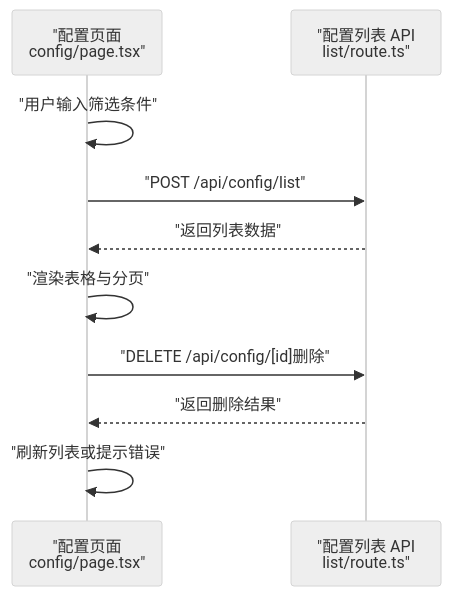
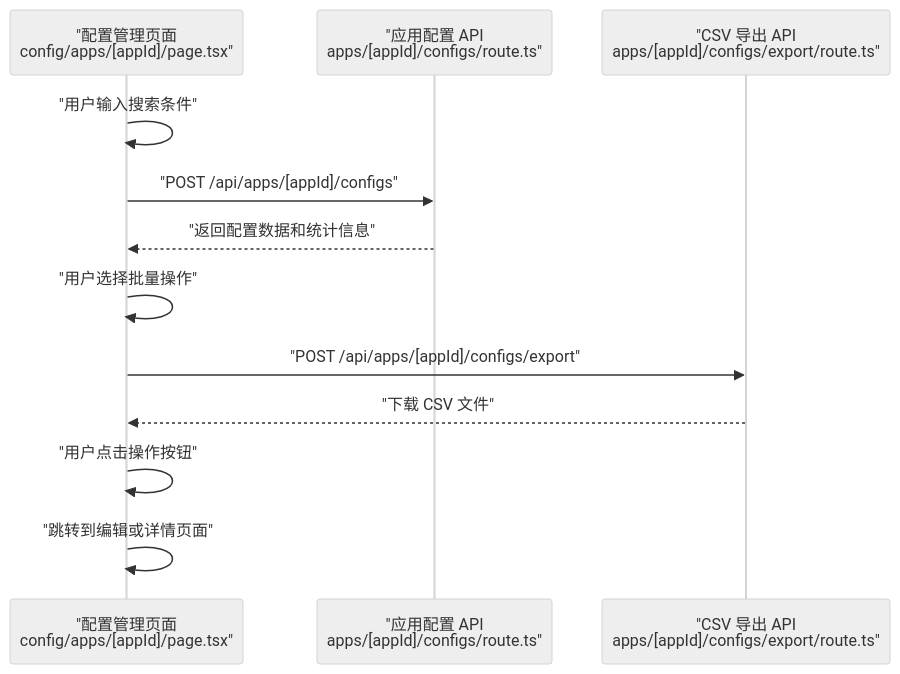
One commit to HAOFUYANG/nextjs-admin changed the sixth of 8 diagrams in .qoder/repowiki/zh/content/数据库集成/API 接口设计/应用管理 API.md. Above: the diagram before and after it, drawn with Mermaid (neutral theme). The commit also changed other lines of this file and 6 other files, not shown here.

````diff
--- a/.qoder/repowiki/zh/content/数据库集成/API 接口设计/应用管理 API.md
+++ b/.qoder/repowiki/zh/content/数据库集成/API 接口设计/应用管理 API.md
@@ -150,12 +255,14 @@
 ```mermaid
 sequenceDiagram
-participant UI as "配置页面<br/>config/page.tsx"
-participant API as "配置列表 API<br/>list/route.ts"
-UI->>UI : "用户输入筛选条件"
-UI->>API : "POST /api/config/list"
-API-->>UI : "返回列表数据"
-UI->>UI : "渲染表格与分页"
-UI->>API : "DELETE /api/config/[id]删除"
-API-->>UI : "返回删除结果"
-UI->>UI : "刷新列表或提示错误"
+participant UI as "配置管理页面<br/>config/apps/[appId]/page.tsx"
+participant CONFIG_API as "应用配置 API<br/>apps/[appId]/configs/route.ts"
+participant EXPORT_API as "CSV 导出 API<br/>apps/[appId]/configs/export/route.ts"
+UI->>UI : "用户输入搜索条件"
+UI->>CONFIG_API : "POST /api/apps/[appId]/configs"
+CONFIG_API-->>UI : "返回配置数据和统计信息"
+UI->>UI : "用户选择批量操作"
+UI->>EXPORT_API : "POST /api/apps/[appId]/configs/export"
+EXPORT_API-->>UI : "下载 CSV 文件"
+UI->>UI : "用户点击操作按钮"
+UI->>UI : "跳转到编辑或详情页面"
 ```
````
